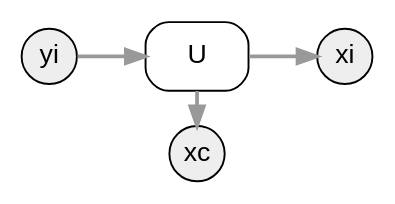
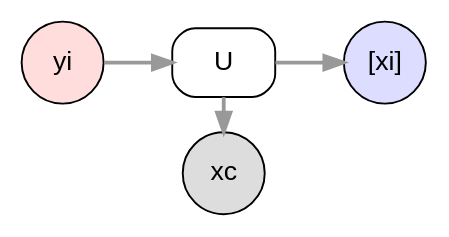
Before and after one commit to drautzburg/currychicken: the diagram in opal/ProductsUnpack.dot, drawn with Graphviz. The commit also changed 3 other files, not shown here.

```diff
--- a/opal/ProductsUnpack.dot
+++ b/opal/ProductsUnpack.dot
@@ -1,20 +1,26 @@
 digraph d {
 	node [fontname = "Arial"];
 	edge [fontname = "Arial", fontsize=11,color="#999999", penwidth=2, weight=1];
 
 	rankdir=LR
-	subgraph port {
-		node [shape=circle, style=filled, fillcolor="#EEEEEE", fixedsize=true, width=0.4]
-		xi
+	subgraph list {
+		node [shape=circle, style=filled, fillcolor="#DDDDFF", fixedsize=true, width=0.6]
+		xi [label="[xi]"]
+		}
+	subgraph nest {
+		node [shape=circle, style=filled, fillcolor="#FFDDDD", fixedsize=true, width=0.6]
+		yi
+		}		
+	subgraph others {
+		node [shape=circle, style=filled, fillcolor="#DDDDDD", fixedsize=true, width=0.6]
 		xc
-		yi
 		}
 	subgraph process {
 		node [shape=box, style=rounded]
 		U
 	}
 {rank=same; xc U}
 yi -> U
 U -> xi
 U -> xc
 }
```
